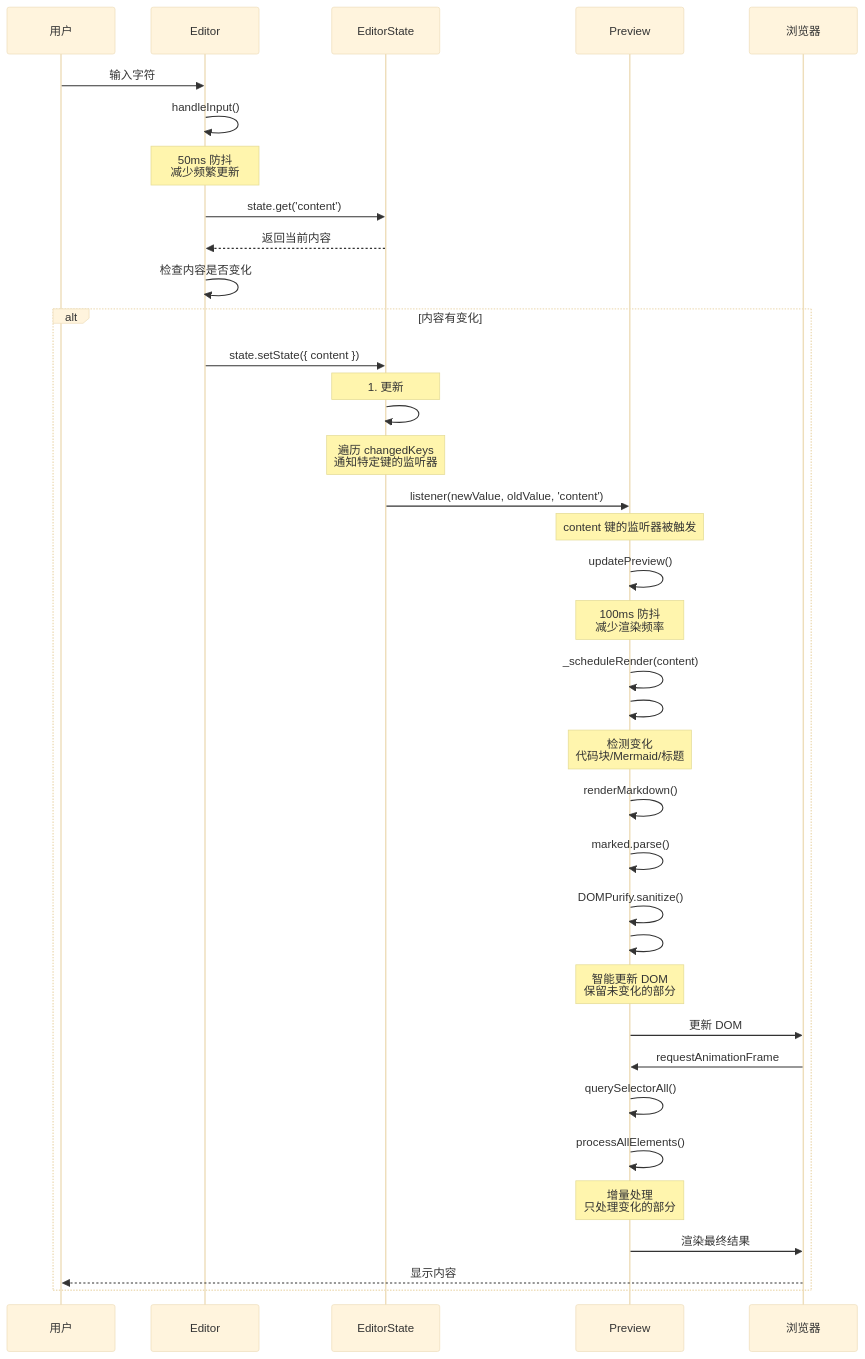
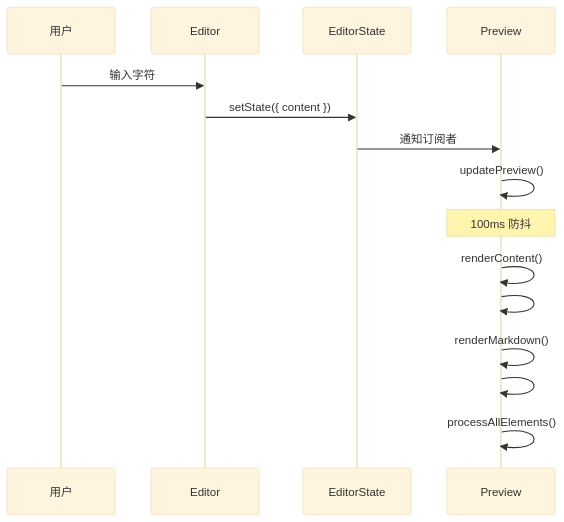
Before and after one commit to ZCShou/markdown: the second of 9 diagrams in docs/preview.md, drawn with Mermaid (base theme). The commit also changed other lines of this file and 1 other file, not shown here.

Commit message:
docs: refine architecture and preview documentation with persistence and rendering details

````diff
--- a/docs/preview.md
+++ b/docs/preview.md
@@ -101,52 +141,18 @@
 ```mermaid
 sequenceDiagram
     participant User as 用户
     participant Editor as Editor
     participant State as EditorState
     participant Preview as Preview
-    participant Browser as 浏览器
 
     User->>Editor: 输入字符
-    Editor->>Editor: handleInput()
-    Note over Editor: 50ms 防抖<br/>减少频繁更新
-    
-    Editor->>State: state.get('content')
-    State-->>Editor: 返回当前内容
-    
-    Editor->>Editor: 检查内容是否变化
-    
-    alt 内容有变化
-        Editor->>State: state.setState({ content })
-        Note over State: 1. 更新 #state.content<br/>2. 检查变化<br/>3. 调用 #notify()
-        
-        State->>State: #notify(oldState, newState, changedKeys)
-        Note over State: 遍历 changedKeys<br/>通知特定键的监听器
-        
-        State->>Preview: listener(newValue, oldValue, 'content')
-        Note over Preview: content 键的监听器被触发
-        
-        Preview->>Preview: updatePreview()
-        Note over Preview: 100ms 防抖<br/>减少渲染频率
-        
-        Preview->>Preview: _scheduleRender(content)
-        Preview->>Preview: #detectChanges()
-        Note over Preview: 检测变化<br/>代码块/Mermaid/标题
-        
-        Preview->>Preview: renderMarkdown()
-        Preview->>Preview: marked.parse()
-        Preview->>Preview: DOMPurify.sanitize()
-        
-        Preview->>Preview: #updateDOMSmart()
-        Note over Preview: 智能更新 DOM<br/>保留未变化的部分
-        
-        Preview->>Browser: 更新 DOM
-        
-        Browser->>Preview: requestAnimationFrame
-        Preview->>Preview: querySelectorAll()
-        Preview->>Preview: processAllElements()
-        Note over Preview: 增量处理<br/>只处理变化的部分
-        
-        Preview->>Browser: 渲染最终结果
-        Browser-->>User: 显示内容
-    end
+    Editor->>State: setState({ content })
+    State->>Preview: 通知订阅者
+    Preview->>Preview: updatePreview()
+    Note over Preview: 100ms 防抖
+    Preview->>Preview: renderContent()
+    Preview->>Preview: #detectChanges()
+    Preview->>Preview: renderMarkdown()
+    Preview->>Preview: #updateDOMSmart()
+    Preview->>Preview: processAllElements()
 ```
````
